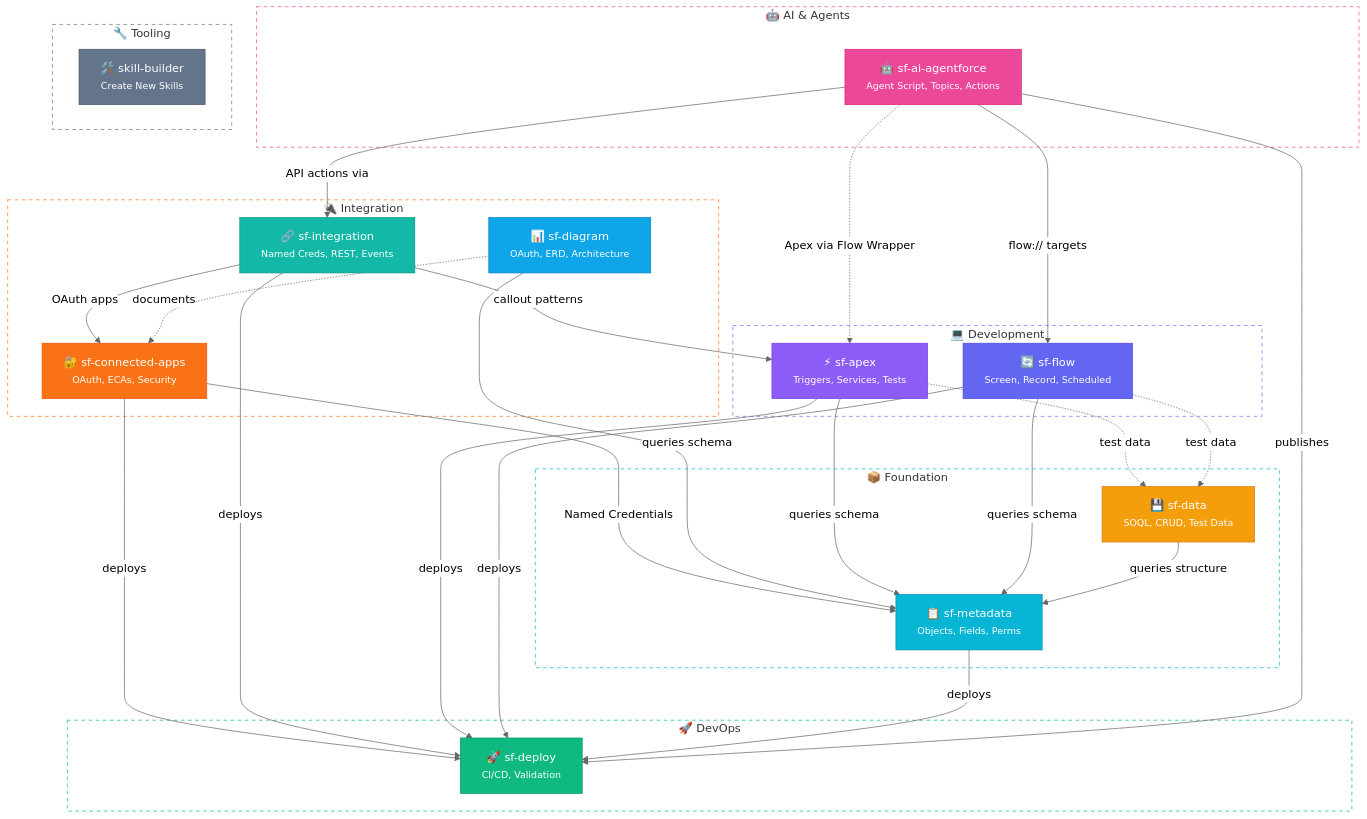
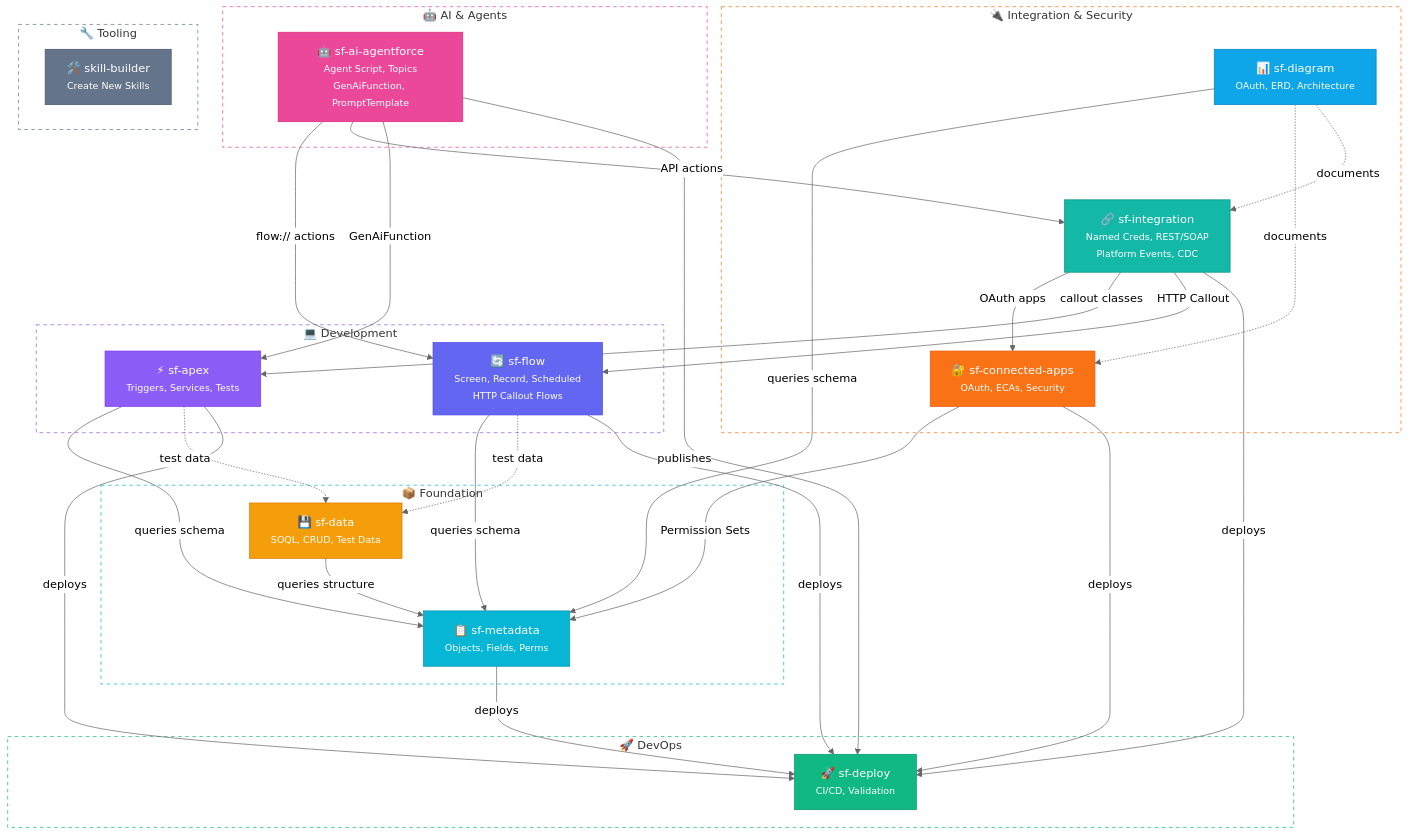
Before and after one commit to Jaganpro/sf-skills: the diagram in README.md, drawn with Mermaid (neutral theme).

Commit message:
1 docs: Enhance architecture diagram with sf-integration relationships    2    3 DIAGRAM UPDATES:    4 - Expanded sf-ai-agentforce label: now shows GenAiFunction, PromptTemplate    5 - Expanded sf-integration label: shows REST/SOAP, Platform Events, CDC    6 - Expanded sf-flow label: includes HTTP Callout Flows    7 - Renamed subgraph "Integration" → "Integration & Security"    8    9 NEW RELATIONSHIPS:   10 - agentforce → apex: "GenAiFunction" (direct Apex via metadata)   11 - sfintegration → flow: "HTTP Callout" (Flow-based API actions)   12 - sfintegration → deploy: deploys Named Creds, External Services   13 - connectedapps → deploy: deploys OAuth apps   14 - diagram → sfintegration: documents integration patterns   15   16 IMPROVED EDGE LABELS:   17 - "flow:// targets" → "flow:// actions"   18 - "API actions via" → "API actions"   19 - "Named Credentials" → "Permission Sets" (more accurate)   20   21 ORGANIZED STYLING:   22 - Grouped style declarations by category with comments

````diff
--- a/README.md
+++ b/README.md
@@ -80,18 +80,18 @@
 ```mermaid
 flowchart TB
     subgraph ai["🤖 AI & Agents"]
-        agentforce["🤖 sf-ai-agentforce<br/><small>Agent Script, Topics, Actions</small>"]
+        agentforce["🤖 sf-ai-agentforce<br/><small>Agent Script, Topics<br/>GenAiFunction, PromptTemplate</small>"]
     end
 
-    subgraph integration["🔌 Integration"]
+    subgraph integration["🔌 Integration & Security"]
         connectedapps["🔐 sf-connected-apps<br/><small>OAuth, ECAs, Security</small>"]
-        sfintegration["🔗 sf-integration<br/><small>Named Creds, REST, Events</small>"]
+        sfintegration["🔗 sf-integration<br/><small>Named Creds, REST/SOAP<br/>Platform Events, CDC</small>"]
         diagram["📊 sf-diagram<br/><small>OAuth, ERD, Architecture</small>"]
     end
 
     subgraph development["💻 Development"]
         apex["⚡ sf-apex<br/><small>Triggers, Services, Tests</small>"]
-        flow["🔄 sf-flow<br/><small>Screen, Record, Scheduled</small>"]
+        flow["🔄 sf-flow<br/><small>Screen, Record, Scheduled<br/>HTTP Callout Flows</small>"]
     end
 
     subgraph foundation["📦 Foundation"]
@@ -107,19 +107,19 @@
         skillbuilder["🛠️ skill-builder<br/><small>Create New Skills</small>"]
     end
 
-    %% AI relationships
-    agentforce -->|"flow:// targets"| flow
-    agentforce -->|"API actions via"| sfintegration
-    agentforce -.->|"Apex via Flow Wrapper"| apex
+    %% AI & Agent relationships
+    agentforce -->|"flow:// actions"| flow
+    agentforce -->|"API actions"| sfintegration
+    agentforce -->|"GenAiFunction"| apex
 
     %% Integration relationships
-    connectedapps -->|"Named Credentials"| metadata
-    connectedapps -->|"deploys"| deploy
     sfintegration -->|"OAuth apps"| connectedapps
-    sfintegration -->|"callout patterns"| apex
-    sfintegration -->|"deploys"| deploy
+    sfintegration -->|"callout classes"| apex
+    sfintegration -->|"HTTP Callout"| flow
+    connectedapps -->|"Permission Sets"| metadata
     diagram -->|"queries schema"| metadata
     diagram -.->|"documents"| connectedapps
+    diagram -.->|"documents"| sfintegration
 
     %% Development relationships
     apex -->|"queries schema"| metadata
@@ -134,20 +134,33 @@
     apex -->|"deploys"| deploy
     flow -->|"deploys"| deploy
     metadata -->|"deploys"| deploy
+    sfintegration -->|"deploys"| deploy
+    connectedapps -->|"deploys"| deploy
     agentforce -->|"publishes"| deploy
 
-    %% Styling
+    %% Styling - AI (pink)
     style agentforce fill:#ec4899,stroke:#db2777,color:#fff
+
+    %% Styling - Integration (orange/teal)
     style connectedapps fill:#f97316,stroke:#ea580c,color:#fff
     style sfintegration fill:#14b8a6,stroke:#0d9488,color:#fff
     style diagram fill:#0ea5e9,stroke:#0284c7,color:#fff
+
+    %% Styling - Development (purple/indigo)
     style apex fill:#8b5cf6,stroke:#7c3aed,color:#fff
     style flow fill:#6366f1,stroke:#4f46e5,color:#fff
+
+    %% Styling - Foundation (cyan/amber)
     style metadata fill:#06b6d4,stroke:#0891b2,color:#fff
     style data fill:#f59e0b,stroke:#d97706,color:#fff
+
+    %% Styling - DevOps (green)
     style deploy fill:#10b981,stroke:#059669,color:#fff
+
+    %% Styling - Tooling (gray)
     style skillbuilder fill:#64748b,stroke:#475569,color:#fff
 
+    %% Subgraph styling
     style ai fill:transparent,stroke:#ec4899,stroke-dasharray:5
     style integration fill:transparent,stroke:#f97316,stroke-dasharray:5
     style development fill:transparent,stroke:#8b5cf6,stroke-dasharray:5
````
